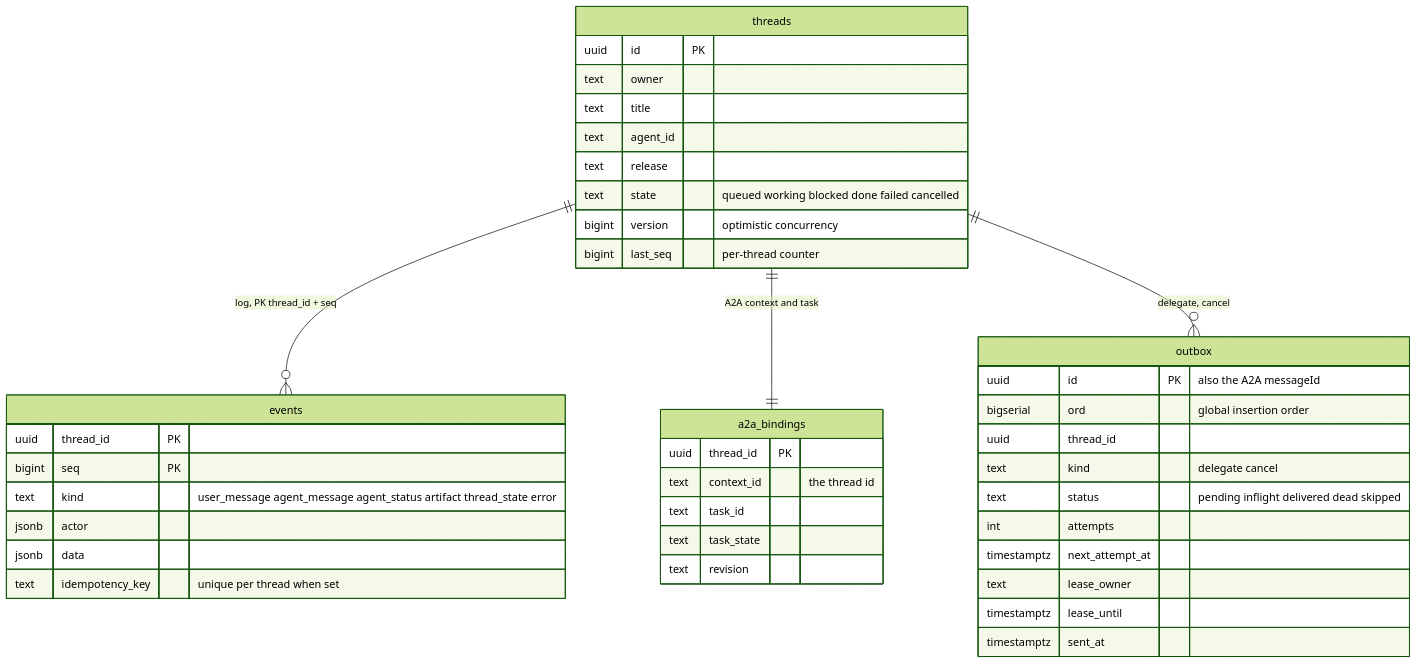
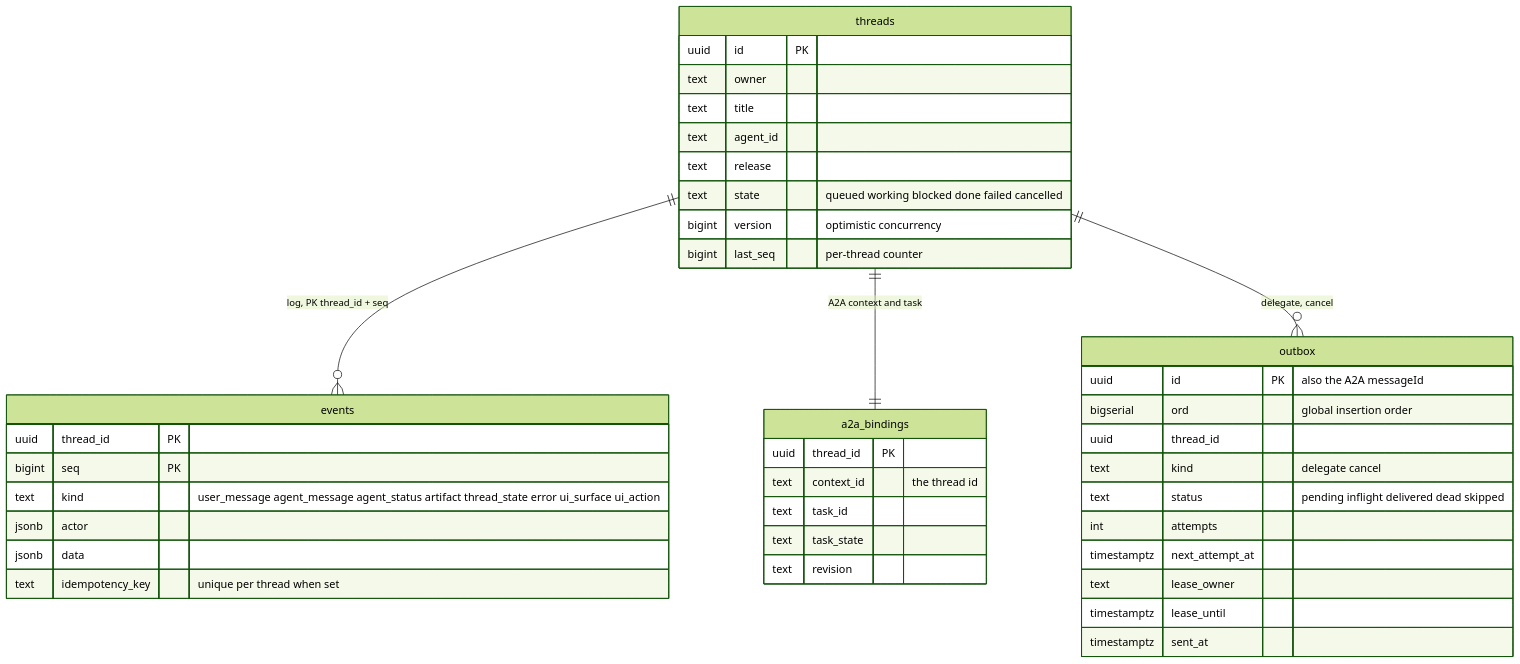
The tenth of 10 diagrams in docs/orchestrator.md (vymalo/another-agentic-system), drawn with Mermaid (forest theme) before and after one commit. The commit also changed other lines of this file and 65 other files, not shown here.

````diff
--- a/docs/orchestrator.md
+++ b/docs/orchestrator.md
@@ -610,43 +611,43 @@
 ```mermaid
 erDiagram
   threads ||--o{ events : "log, PK thread_id + seq"
   threads ||--|| a2a_bindings : "A2A context and task"
   threads ||--o{ outbox : "delegate, cancel"
   threads {
     uuid id PK
     text owner
     text title
     text agent_id
     text release
     text state "queued working blocked done failed cancelled"
     bigint version "optimistic concurrency"
     bigint last_seq "per-thread counter"
   }
   events {
     uuid thread_id PK
     bigint seq PK
-    text kind "user_message agent_message agent_status artifact thread_state error"
+    text kind "user_message agent_message agent_status artifact thread_state error ui_surface ui_action"
     jsonb actor
     jsonb data
     text idempotency_key "unique per thread when set"
   }
   a2a_bindings {
     uuid thread_id PK
     text context_id "the thread id"
     text task_id
     text task_state
     text revision
   }
   outbox {
     uuid id PK "also the A2A messageId"
     bigserial ord "global insertion order"
     uuid thread_id
     text kind "delegate cancel"
     text status "pending inflight delivered dead skipped"
     int attempts
     timestamptz next_attempt_at
     text lease_owner
     timestamptz lease_until
     timestamptz sent_at
   }
 ```
````
